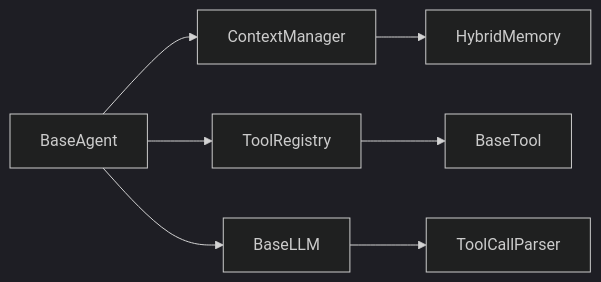
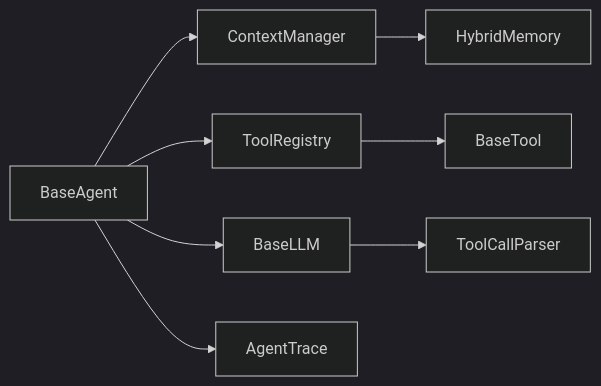
The fourth of 4 diagrams in .qoder/repowiki/en/content/Core Architecture/Agent System/Base Agent.md (1996Paul-Wen/HarnessAIDemo), drawn with Mermaid (dark theme) before and after one commit. The commit also changed other lines of this file and 4 other files, not shown here.

````diff
--- a/.qoder/repowiki/en/content/Core Architecture/Agent System/Base Agent.md
+++ b/.qoder/repowiki/en/content/Core Architecture/Agent System/Base Agent.md
@@ -279,9 +309,10 @@
 ```mermaid
 graph LR
 BaseAgent["BaseAgent"] --> ContextManager["ContextManager"]
 BaseAgent --> ToolRegistry["ToolRegistry"]
 BaseAgent --> BaseLLM["BaseLLM"]
+BaseAgent --> AgentTrace["AgentTrace"]
 ContextManager --> HybridMemory["HybridMemory"]
 ToolRegistry --> BaseTool["BaseTool"]
 BaseLLM --> ToolCallParser["ToolCallParser"]
 ```
````
